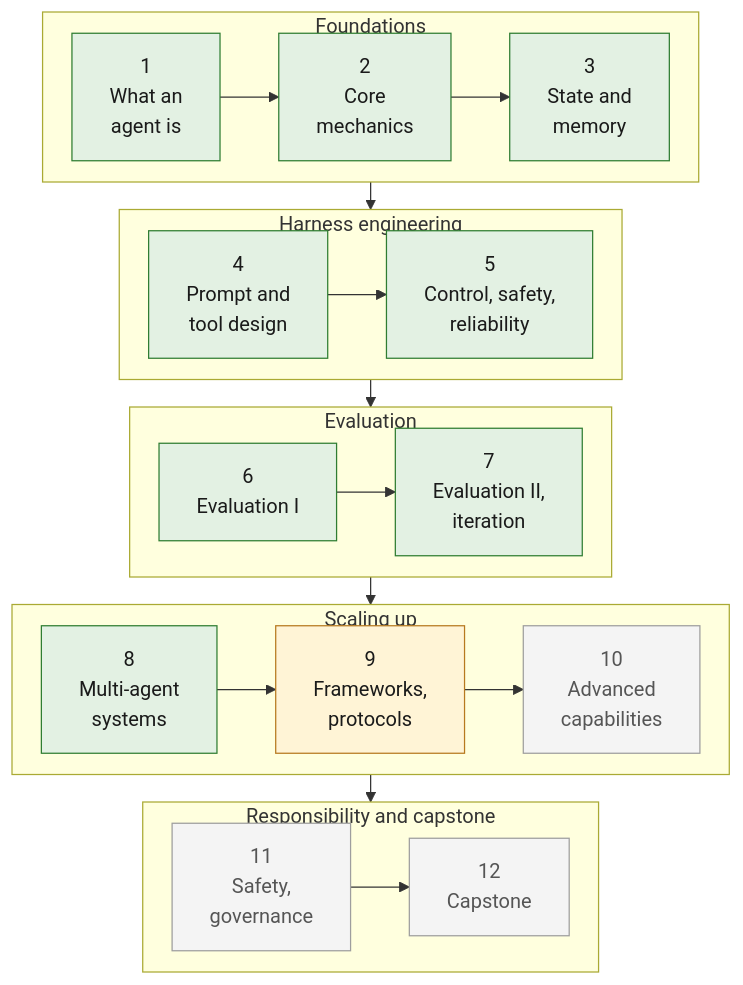
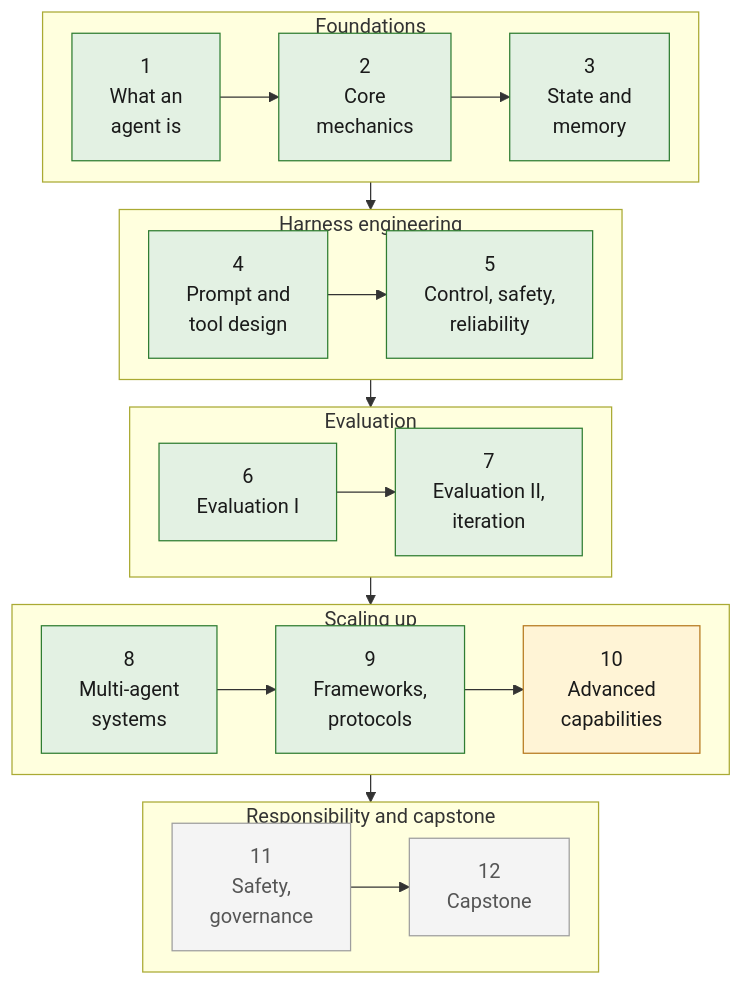
The diagram in diagrams/src/course-map.mmd (joshxinjie/agentic-harness-notes), drawn with Mermaid before and after one commit. The commit also changed 15 other files, not shown here.

```diff
--- a/diagrams/src/course-map.mmd
+++ b/diagrams/src/course-map.mmd
@@ -1,29 +1,29 @@
 %%{init: {"flowchart": {"rankSpacing": 22, "nodeSpacing": 14}}}%%
 flowchart TD
     subgraph F["Foundations"]
         direction LR
         W1["1<br>What an<br>agent is"] --> W2["2<br>Core<br>mechanics"] --> W3["3<br>State and<br>memory"]
     end
     subgraph H["Harness engineering"]
         direction LR
         W4["4<br>Prompt and<br>tool design"] --> W5["5<br>Control, safety,<br>reliability"]
     end
     subgraph E["Evaluation"]
         direction LR
         W6["6<br>Evaluation I"] --> W7["7<br>Evaluation II,<br>iteration"]
     end
     subgraph S["Scaling up"]
         direction LR
         W8["8<br>Multi-agent<br>systems"] --> W9["9<br>Frameworks,<br>protocols"] --> W10["10<br>Advanced<br>capabilities"]
     end
     subgraph R["Responsibility and capstone"]
         direction LR
         W11["11<br>Safety,<br>governance"] --> W12["12<br>Capstone"]
     end
     F --> H --> E --> S --> R
     classDef done fill:#e3f1e3,stroke:#2f7d32,color:#1a1a1a
     classDef now fill:#fff4d6,stroke:#b7791f,color:#1a1a1a
     classDef todo fill:#f4f4f4,stroke:#9e9e9e,color:#555555
-    class W1,W2,W3,W4,W5,W6,W7,W8 done
-    class W9 now
-    class W10,W11,W12 todo
+    class W1,W2,W3,W4,W5,W6,W7,W8,W9 done
+    class W10 now
+    class W11,W12 todo
```
